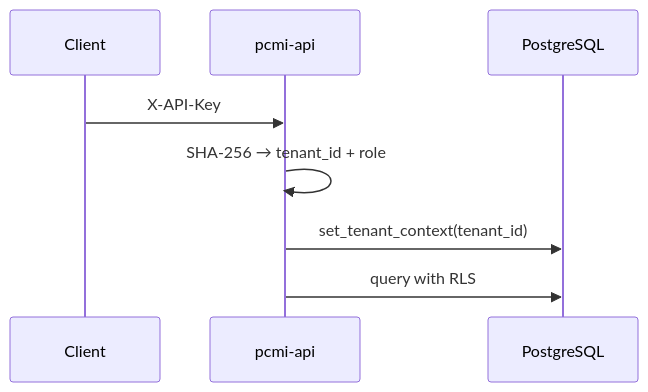
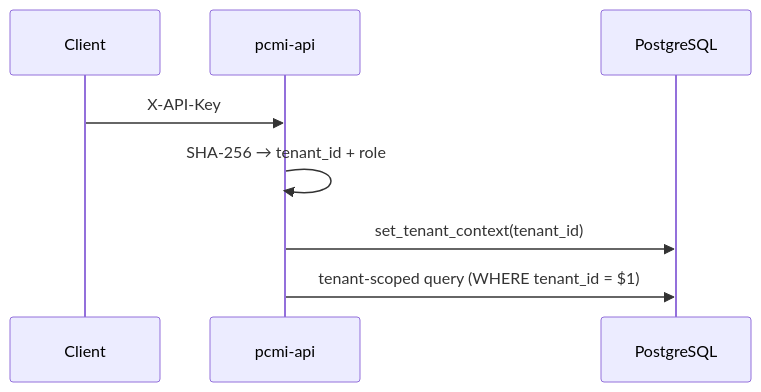
One commit to marco-spagn/pcmi changed the third of 3 diagrams in docs/DATA-MODEL.md. Above: the diagram before and after it, drawn with Mermaid. The commit also changed other lines of this file and 2 other files, not shown here.

First line of the commit message:
docs(security): clarify RLS is opt-in, not enforced by default (#159)

````diff
--- a/docs/DATA-MODEL.md
+++ b/docs/DATA-MODEL.md
@@ -74,10 +74,10 @@
 ```mermaid
 sequenceDiagram
   participant C as Client
   participant API as pcmi-api
   participant PG as PostgreSQL
   C->>API: X-API-Key
   API->>API: SHA-256 → tenant_id + role
   API->>PG: set_tenant_context(tenant_id)
-  API->>PG: query with RLS
+  API->>PG: tenant-scoped query (WHERE tenant_id = $1)
 ```
````
